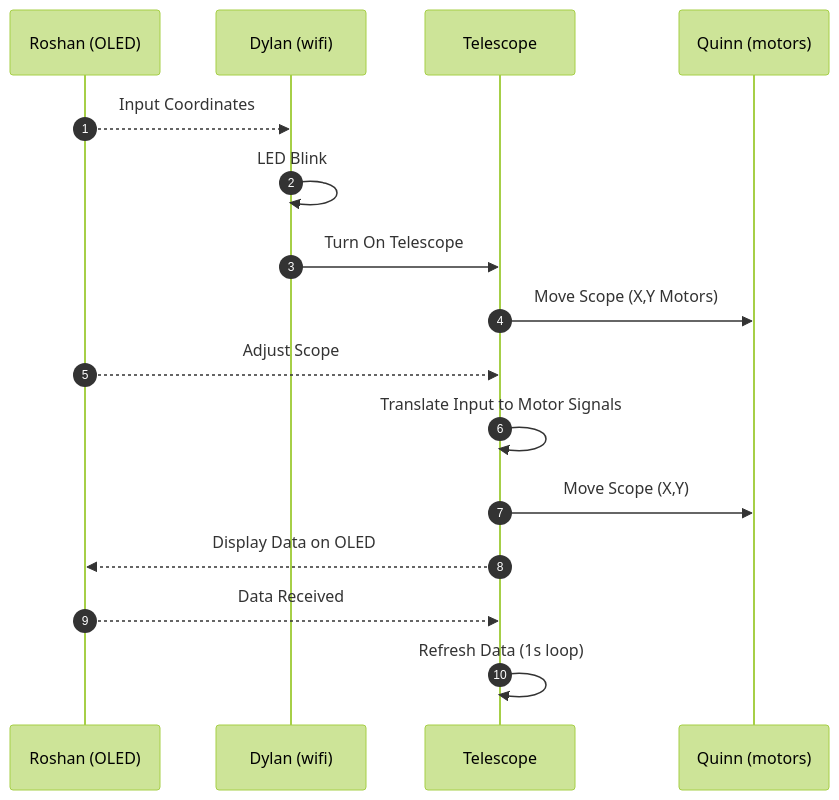
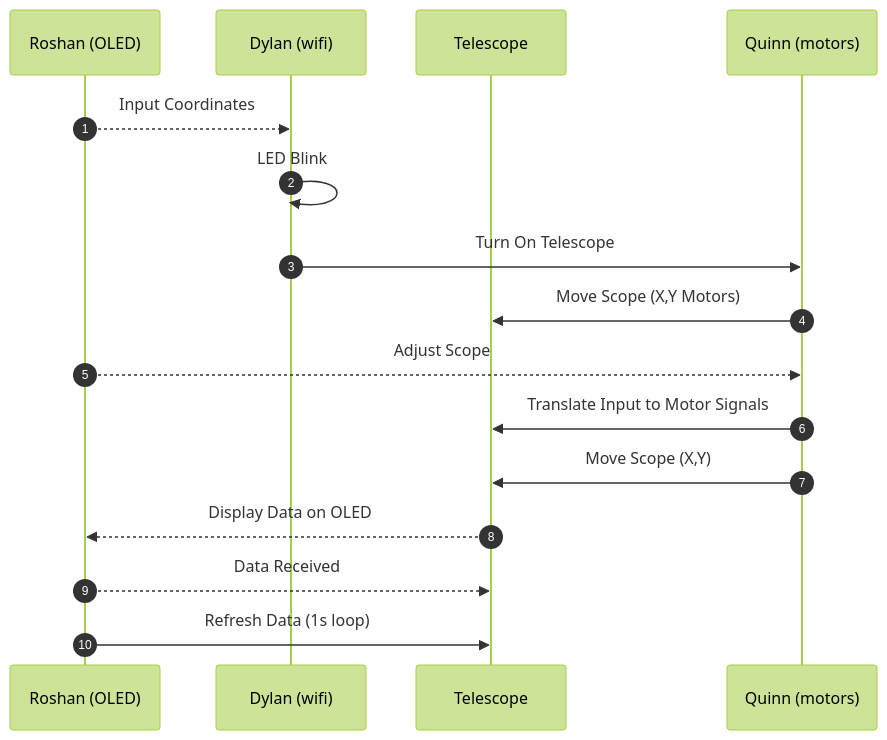
The diagram in docs/04-Team-Diagram.md (EGR314-S-2026-304/EGR314-S-2026-304.github.io), drawn with Mermaid (forest theme) before and after one commit.

````diff
--- a/docs/04-Team-Diagram.md
+++ b/docs/04-Team-Diagram.md
@@ -14,23 +14,23 @@
 ``` mermaid
 sequenceDiagram
   autonumber
 
 
   participant Roshan (OLED)
   participant Dylan (wifi)
   participant Telescope
   participant Quinn (motors)
 
   Roshan (OLED)-->>Dylan (wifi): Input Coordinates
   Dylan (wifi)->>Dylan (wifi): LED Blink
-  Dylan (wifi)->>Telescope: Turn On Telescope
-  Telescope->>Quinn (motors): Move Scope (X,Y Motors)
+  Dylan (wifi)->>Quinn (motors): Turn On Telescope
+  Quinn (motors)->>Telescope: Move Scope (X,Y Motors)
 
-  Roshan (OLED)-->>Telescope: Adjust Scope
-  Telescope->>Telescope: Translate Input to Motor Signals
-  Telescope->>Quinn (motors): Move Scope (X,Y)
+  Roshan (OLED)-->>Quinn (motors): Adjust Scope
+  Quinn (motors)->>Telescope: Translate Input to Motor Signals
+  Quinn (motors)->>Telescope: Move Scope (X,Y)
 
   Telescope-->>Roshan (OLED): Display Data on OLED
   Roshan (OLED)-->>Telescope: Data Received
-  Telescope->>Telescope: Refresh Data (1s loop)
+  Roshan (OLED)->>Telescope: Refresh Data (1s loop)
 ```
````
